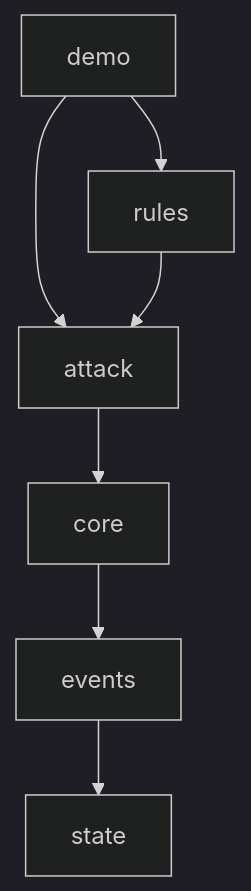
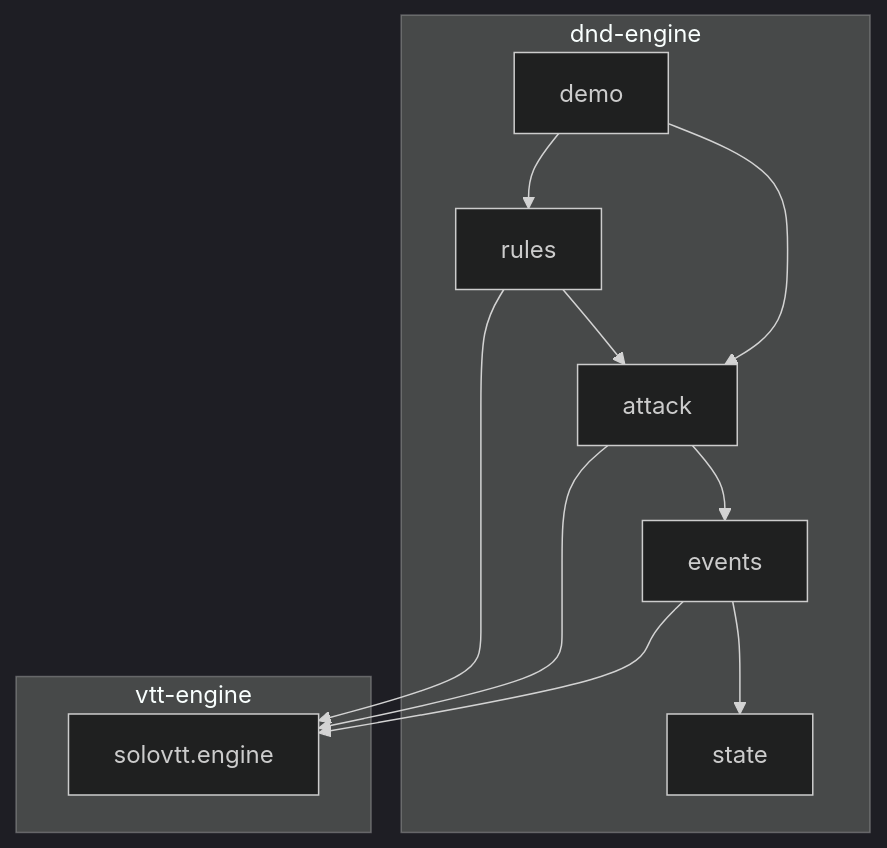
Before and after one commit to cyrilhouillon/solo-vtt: the diagram in aidd_docs/memory/codebase-map.md, drawn with Mermaid (dark theme). The commit also changed other lines of this file and 7 other files, not shown here.

Commit message:
docs(memory): décrire les modules vtt-engine et dnd-engine

````diff
--- a/aidd_docs/memory/codebase-map.md
+++ b/aidd_docs/memory/codebase-map.md
@@ -3,9 +3,16 @@
 ```mermaid
 flowchart TD
-  demo --> attack
-  demo --> rules
-  rules --> attack
-  attack --> core
-  core --> events
-  events --> state
+  subgraph dnd-engine
+    demo --> attack
+    demo --> rules
+    rules --> attack
+    attack --> events
+    events --> state
+  end
+  subgraph vtt-engine
+    engine["solovtt.engine"]
+  end
+  attack --> engine
+  rules --> engine
+  events --> engine
 ```
````
